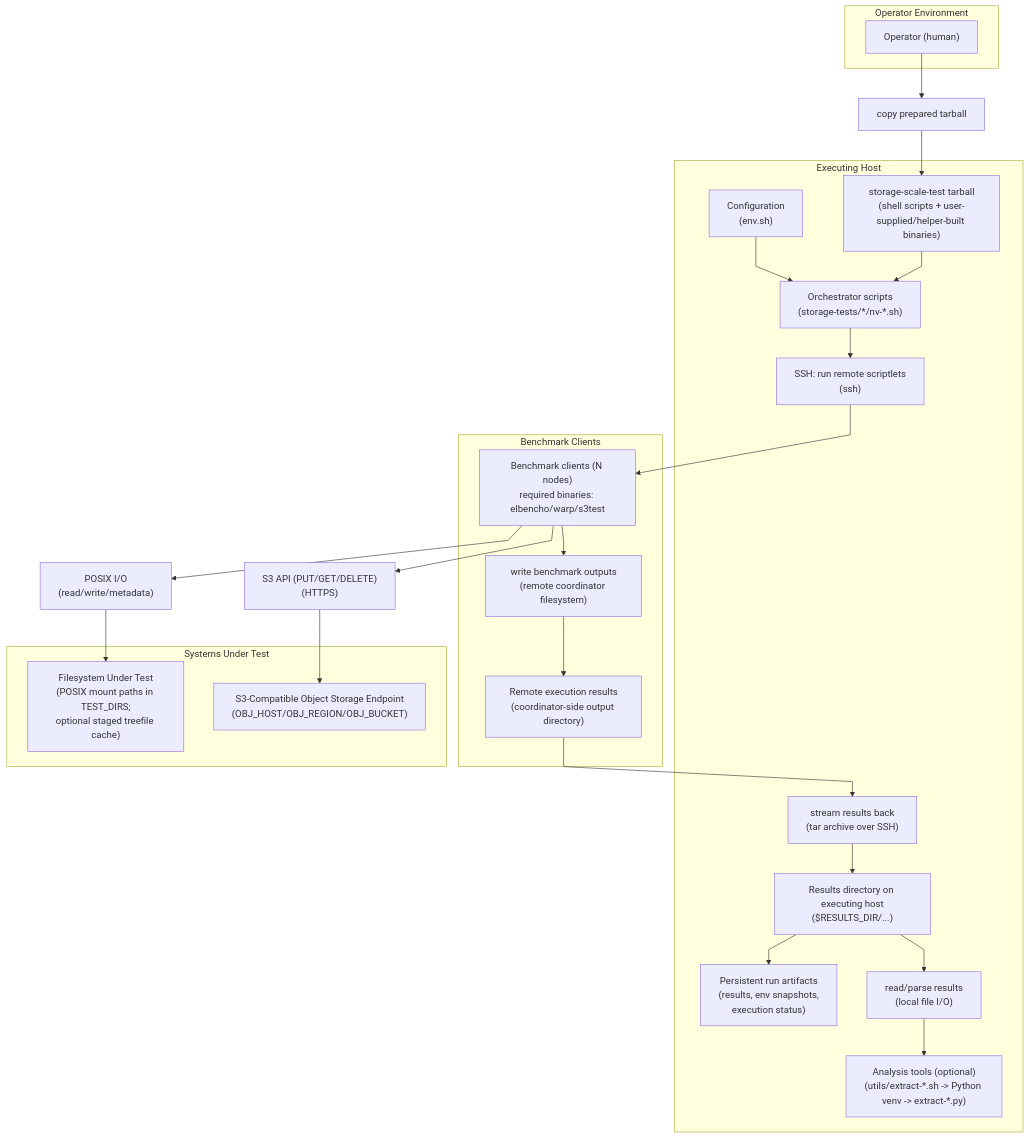
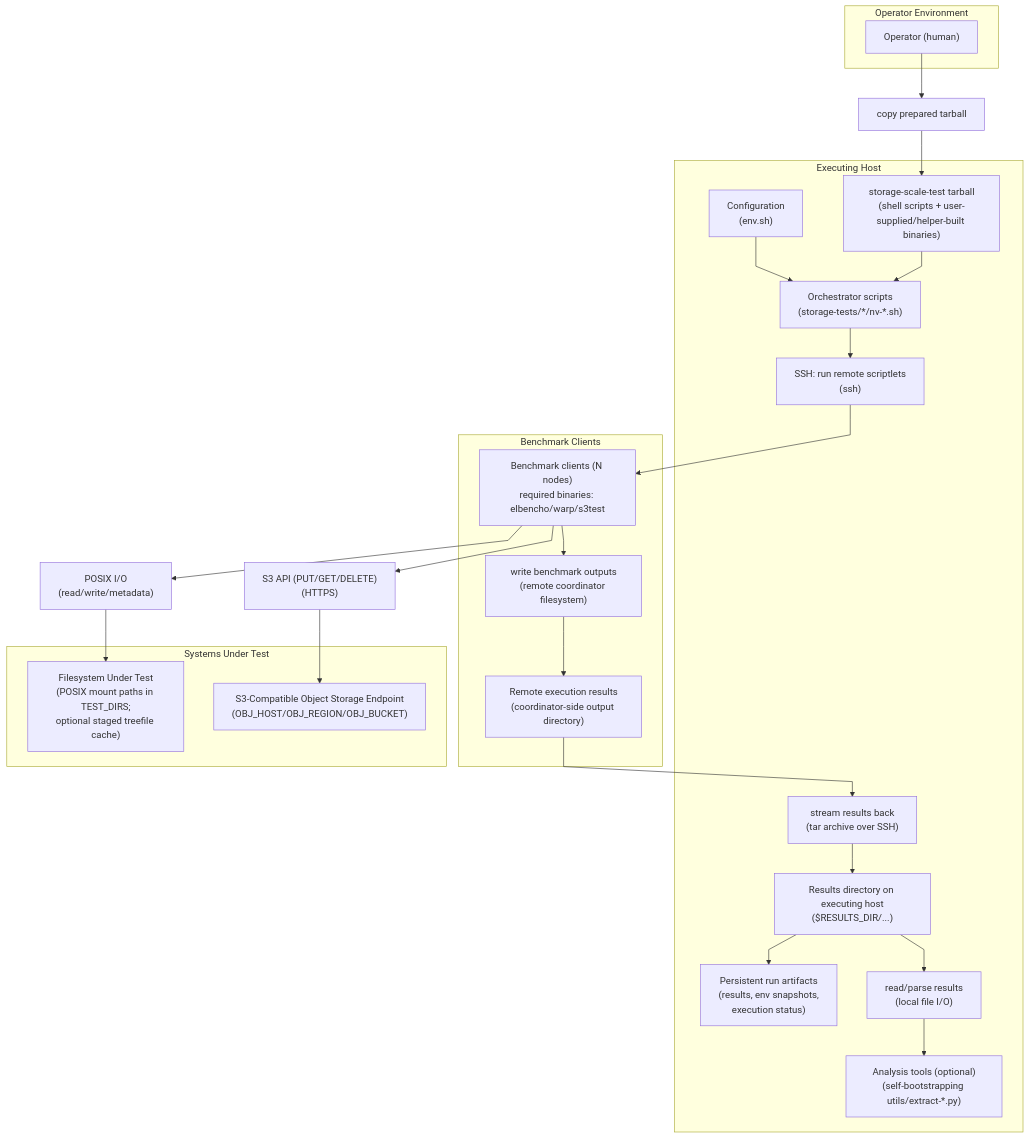
Before and after one commit to NVIDIA/storage-scale-test: the first of 3 diagrams in docs/ARCHITECTURE_DIAGRAMS.md, drawn with Mermaid. The commit also changed other lines of this file and 37 other files, not shown here.

First line of the commit message:
refactor: bootstrap Python tools without shell wrappers

````diff
--- a/docs/ARCHITECTURE_DIAGRAMS.md
+++ b/docs/ARCHITECTURE_DIAGRAMS.md
@@ -68,51 +68,51 @@
 ```mermaid
 %%{init: {"flowchart": {"curve": "linear"}}}%%
 flowchart TB
   %% SSH Mode: orchestration on an executing host, remote execution over SSH, results copied back.
 
   subgraph OP["Operator Environment"]
     U["Operator (human)"]
   end
 
   subgraph EX["Executing Host"]
     T["storage-scale-test tarball<br/>(shell scripts + user-supplied/helper-built binaries)"]
     ORCH["Orchestrator scripts<br/>(storage-tests/*/nv-*.sh)"]
     SSHRUN["SSH: run remote scriptlets<br/>(ssh)"]
     ENV["Configuration<br/>(env.sh)"]
     COPYBACK["stream results back<br/>(tar archive over SSH)"]
     RESX["Results directory on executing host<br/>($RESULTS_DIR/...)"]
     STATE["Persistent run artifacts<br/>(results, env snapshots,<br/>execution status)"]
     PARSE["read/parse results<br/>(local file I/O)"]
-    ANA["Analysis tools (optional)<br/>(utils/extract-*.sh -> Python venv -> extract-*.py)"]
+    ANA["Analysis tools (optional)<br/>(self-bootstrapping utils/extract-*.py)"]
   end
 
   subgraph CL["Benchmark Clients"]
     CLIENTS["Benchmark clients (N nodes)<br/>required binaries: elbencho/warp/s3test"]
     WRITEOUT["write benchmark outputs<br/>(remote coordinator filesystem)"]
     RESN["Remote execution results<br/>(coordinator-side output directory)"]
   end
 
   subgraph SUT["Systems Under Test"]
     FS["Filesystem Under Test<br/>(POSIX mount paths in TEST_DIRS;<br/>optional staged treefile cache)"]
     S3["S3-Compatible Object Storage Endpoint<br/>(OBJ_HOST/OBJ_REGION/OBJ_BUCKET)"]
   end
 
   COPY["copy prepared tarball"]
   U --> COPY --> T
   ENV --> ORCH
   T --> ORCH
 
   ORCH --> SSHRUN --> CLIENTS
 
   POSIXIO["POSIX I/O<br/>(read/write/metadata)"]
   CLIENTS --> POSIXIO --> FS
 
   S3API["S3 API (PUT/GET/DELETE)<br/>(HTTPS)"]
   CLIENTS --> S3API --> S3
 
   CLIENTS --> WRITEOUT --> RESN
 
   RESN --> COPYBACK --> RESX --> STATE
 
   RESX --> PARSE --> ANA
 ```
````
